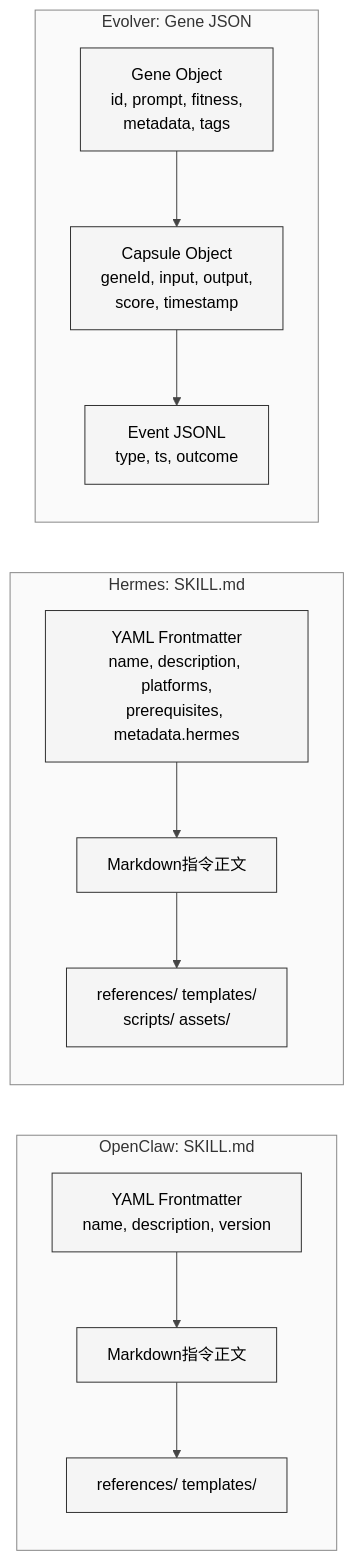
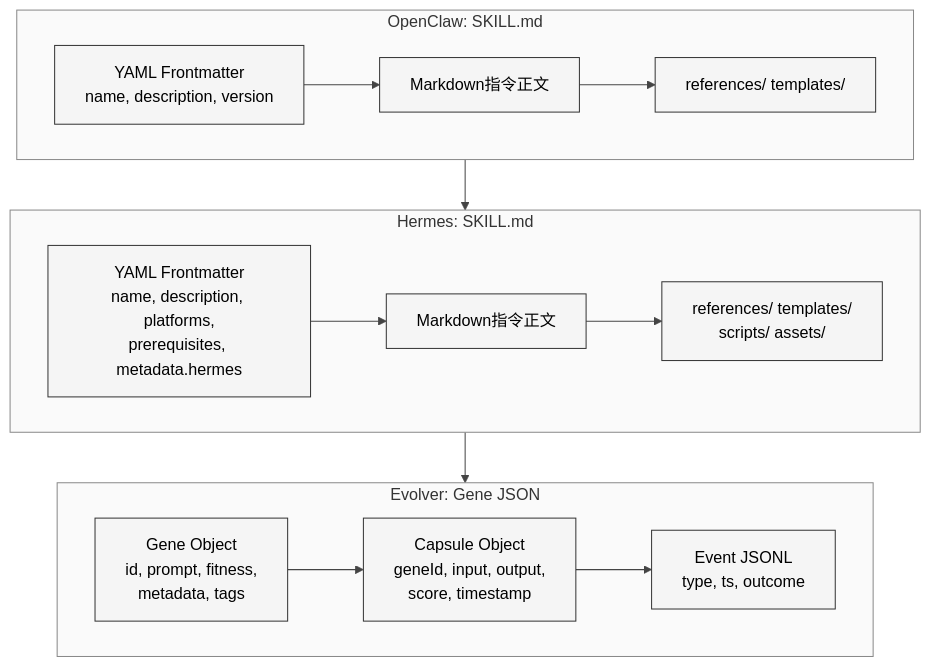
The first of 5 diagrams in part3-comparative-analysis/30-三项目Skill系统对比.md (xiaonancs/hermes-agent-study), drawn with Mermaid before and after one commit. The commit also changed other lines of this file and 16 other files, not shown here.

````diff
--- a/part3-comparative-analysis/30-三项目Skill系统对比.md
+++ b/part3-comparative-analysis/30-三项目Skill系统对比.md
@@ -13,27 +13,20 @@
 ```mermaid
 %%{init: {'theme': 'neutral', 'themeVariables': {'background': '#ffffff', 'primaryColor': '#f5f5f5', 'primaryTextColor': '#000000', 'primaryBorderColor': '#333333', 'lineColor': '#444444', 'textColor': '#000000', 'mainBkg': '#f5f5f5', 'nodeBorder': '#333333', 'clusterBkg': '#fafafa', 'clusterBorder': '#888888', 'edgeLabelBackground': '#ffffff'}}}%%
-graph LR
+graph TD
     subgraph OpenClaw_Format["OpenClaw: SKILL.md"]
-        OC_FM["YAML Frontmatter<br/>name, description, version"]
-        OC_BODY["Markdown指令正文"]
-        OC_REF["references/ templates/"]
-        
-        OC_FM --> OC_BODY --> OC_REF
+        direction LR
+        OC_FM["YAML Frontmatter<br/>name, description, version"] --> OC_BODY["Markdown指令正文"] --> OC_REF["references/ templates/"]
     end
-    
+
     subgraph Hermes_Format["Hermes: SKILL.md"]
-        H_FM["YAML Frontmatter<br/>name, description, platforms,<br/>prerequisites, metadata.hermes"]
-        H_BODY["Markdown指令正文"]
-        H_REF["references/ templates/<br/>scripts/ assets/"]
-        
-        H_FM --> H_BODY --> H_REF
+        direction LR
+        H_FM["YAML Frontmatter<br/>name, description, platforms,<br/>prerequisites, metadata.hermes"] --> H_BODY["Markdown指令正文"] --> H_REF["references/ templates/<br/>scripts/ assets/"]
     end
-    
+
     subgraph Evolver_Format["Evolver: Gene JSON"]
-        E_GENE["Gene Object<br/>id, prompt, fitness,<br/>metadata, tags"]
-        E_CAPSULE["Capsule Object<br/>geneId, input, output,<br/>score, timestamp"]
-        E_EVENT["Event JSONL<br/>type, ts, outcome"]
-        
-        E_GENE --> E_CAPSULE --> E_EVENT
+        direction LR
+        E_GENE["Gene Object<br/>id, prompt, fitness,<br/>metadata, tags"] --> E_CAPSULE["Capsule Object<br/>geneId, input, output,<br/>score, timestamp"] --> E_EVENT["Event JSONL<br/>type, ts, outcome"]
     end
+
+    OpenClaw_Format --> Hermes_Format --> Evolver_Format
 ```
````
